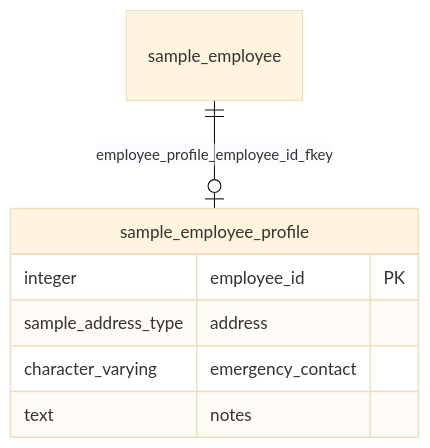
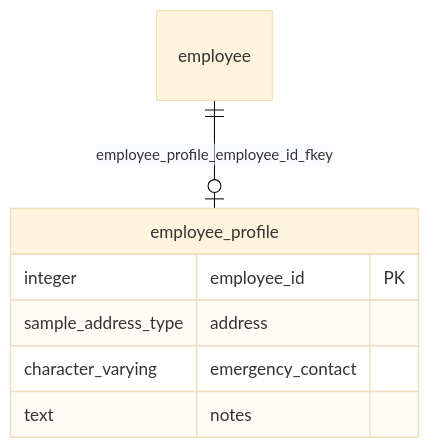
Before and after one commit to ebichan88/exportTableDefinition: the diagram in docs/sample/postgres/output/testdb/sample/table/employee_profile.md, drawn with Mermaid (base theme). The commit also changed other lines of this file and 46 other files, not shown here.

First line of the commit message:
ER図のエンティティ表示ラベルをMermaidの別名構文でテーブル名のみに簡素化

````diff
--- a/docs/sample/postgres/output/testdb/sample/table/employee_profile.md
+++ b/docs/sample/postgres/output/testdb/sample/table/employee_profile.md
@@ -57,10 +57,12 @@
 ```mermaid
 erDiagram
+    sample_employee_profile["employee_profile"]
+    sample_employee["employee"]
     sample_employee ||--o| sample_employee_profile : "employee_profile_employee_id_fkey"
     sample_employee_profile {
         integer employee_id PK
         sample_address_type address
         character_varying emergency_contact
         text notes
     }
 ```
````
